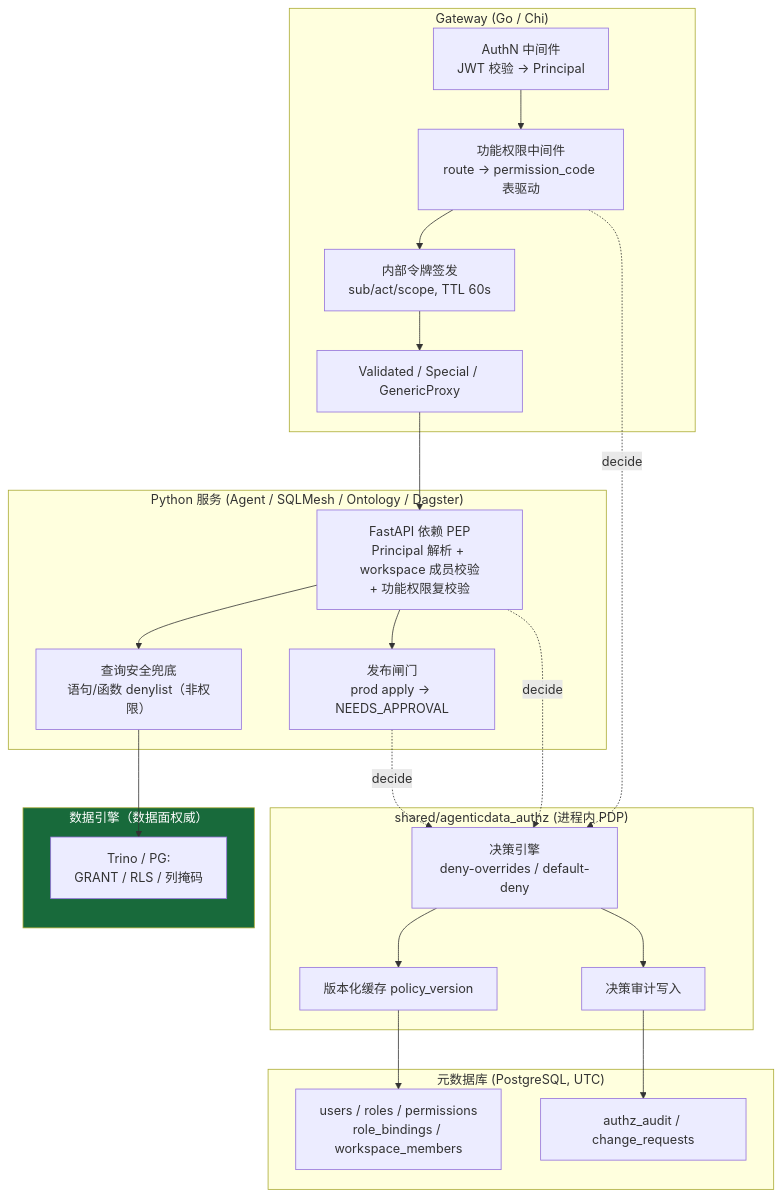
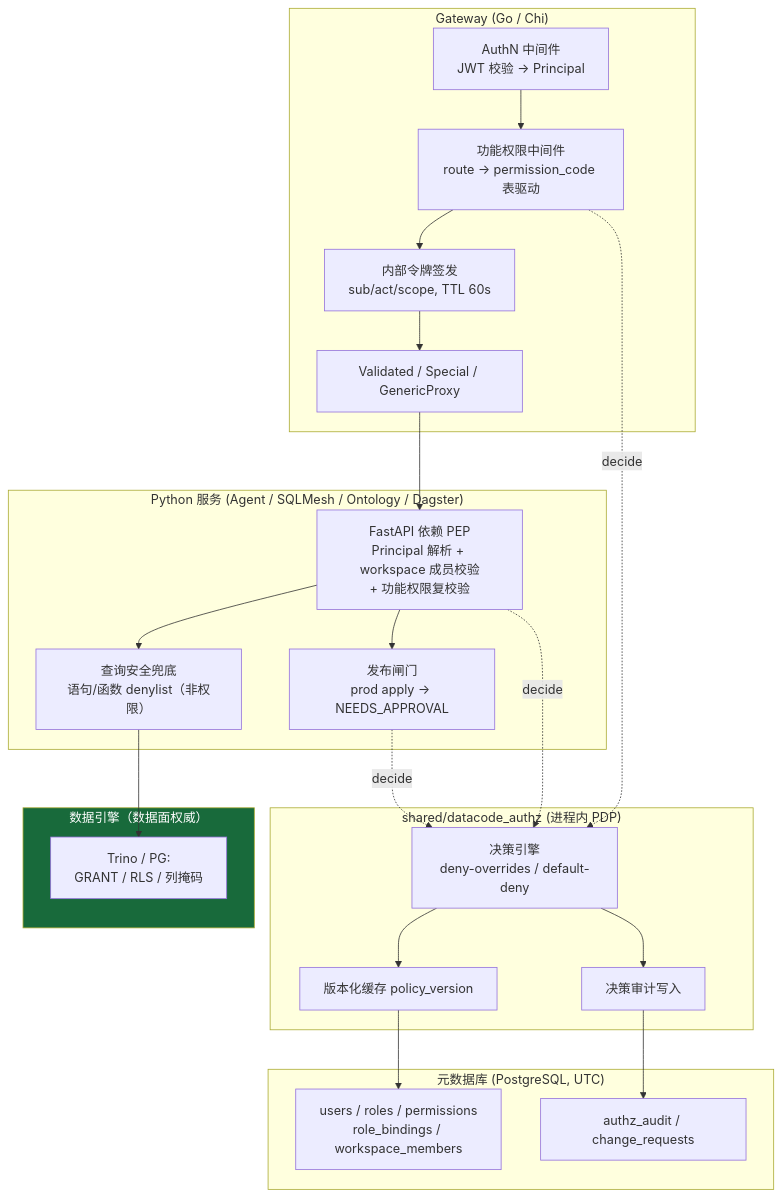
The third of 4 diagrams in doc/design/rbac-permission-design.md (BiyoTech/DataCode), drawn with Mermaid before and after one commit. The commit also changed other lines of this file and 108 other files, not shown here.

````diff
--- a/doc/design/rbac-permission-design.md
+++ b/doc/design/rbac-permission-design.md
@@ -268,39 +268,39 @@
 ```mermaid
 graph TB
     subgraph GW["Gateway (Go / Chi)"]
         AUTHN["AuthN 中间件<br/>JWT 校验 → Principal"]
         FUNC["功能权限中间件<br/>route → permission_code 表驱动"]
         SIGN["内部令牌签发<br/>sub/act/scope, TTL 60s"]
         PROXY["Validated / Special / GenericProxy"]
     end
 
     subgraph SVC["Python 服务 (Agent / SQLMesh / Ontology / Dagster)"]
         DEP["FastAPI 依赖 PEP<br/>Principal 解析 + workspace 成员校验<br/>+ 功能权限复校验"]
         GATE["发布闸门<br/>prod apply → NEEDS_APPROVAL"]
         SAFE["查询安全兜底<br/>语句/函数 denylist（非权限）"]
     end
 
-    subgraph AUTHZ["shared/agenticdata_authz (进程内 PDP)"]
+    subgraph AUTHZ["shared/datacode_authz (进程内 PDP)"]
         EVAL["决策引擎<br/>deny-overrides / default-deny"]
         CACHE["版本化缓存 policy_version"]
         AUDIT["决策审计写入"]
     end
 
     subgraph STORE["元数据库 (PostgreSQL, UTC)"]
         RBAC_T["users / roles / permissions<br/>role_bindings / workspace_members"]
         AUD_T["authz_audit / change_requests"]
     end
 
     subgraph ENGINE["数据引擎（数据面权威）"]
         GRANT["Trino / PG:<br/>GRANT / RLS / 列掩码"]
     end
 
     AUTHN --> FUNC --> SIGN --> PROXY --> DEP --> GATE
     DEP --> SAFE --> GRANT
     FUNC -.->|decide| EVAL
     DEP -.->|decide| EVAL
     GATE -.->|decide| EVAL
     EVAL --> CACHE --> RBAC_T
     EVAL --> AUDIT --> AUD_T
     style ENGINE fill:#186a3b,color:#fff
 ```
````
